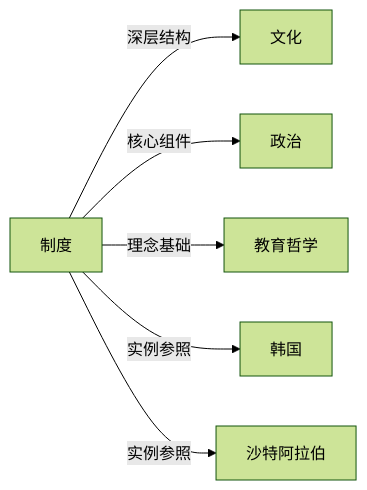
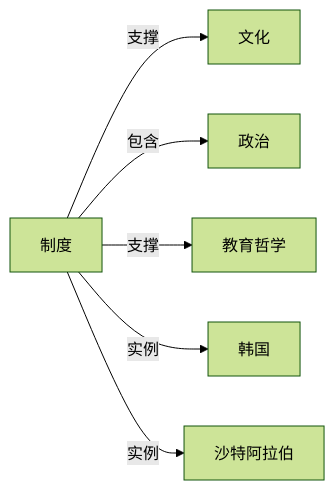
The diagram in Knowledge/Concepts/社会学/制度.md (KIMMCHOW/MyKnowledge), drawn with Mermaid (forest theme) before and after one commit. The commit also changed 95 other files, not shown here.

Commit message:
reorganize: 统一关系图边标签为11类

````diff
--- a/Knowledge/Concepts/社会学/制度.md
+++ b/Knowledge/Concepts/社会学/制度.md
@@ -45,8 +45,8 @@
 ```mermaid
 graph LR
-制度 -->|深层结构| 文化
-制度 -->|核心组件| 政治
-制度 -->|理念基础| 教育哲学
-制度 -->|实例参照| 韩国
-制度 -->|实例参照| 沙特阿拉伯
+制度 -->|支撑| 文化
+制度 -->|包含| 政治
+制度 -->|支撑| 教育哲学
+制度 -->|实例| 韩国
+制度 -->|实例| 沙特阿拉伯
 ```
````
